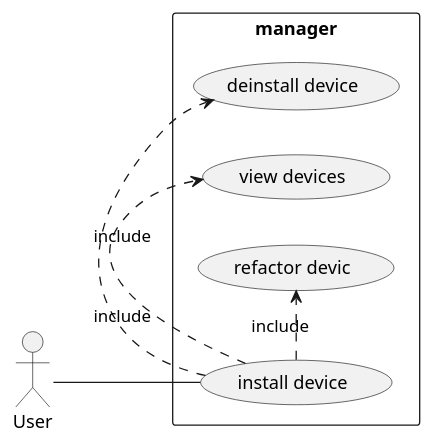
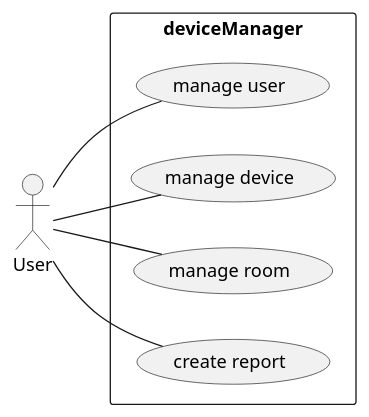
One commit to htl-leonding-project/5ahif-syp-chromecast-manager changed the diagram in Backend/asciidocs/ucd.puml. Above: the diagram before and after it, drawn with PlantUML. The commit also changed 1 other file, not shown here.

```diff
--- a/Backend/asciidocs/ucd.puml
+++ b/Backend/asciidocs/ucd.puml
@@ -2,11 +2,11 @@
 @startuml
 left to right direction
 skinparam packageStyle rectangle
 actor User
-rectangle manager {
-  User -- (install device)
-  (install device) .> (deinstall device) : include
-  (install device) .> (view devices) : include
-  (install device) .> (refactor devic) : include
+rectangle deviceManager {
+  User -- (manage user)
+  User --  (manage device)
+  User -- (manage room)
+  User -- (create report)
 }
 @enduml
```
